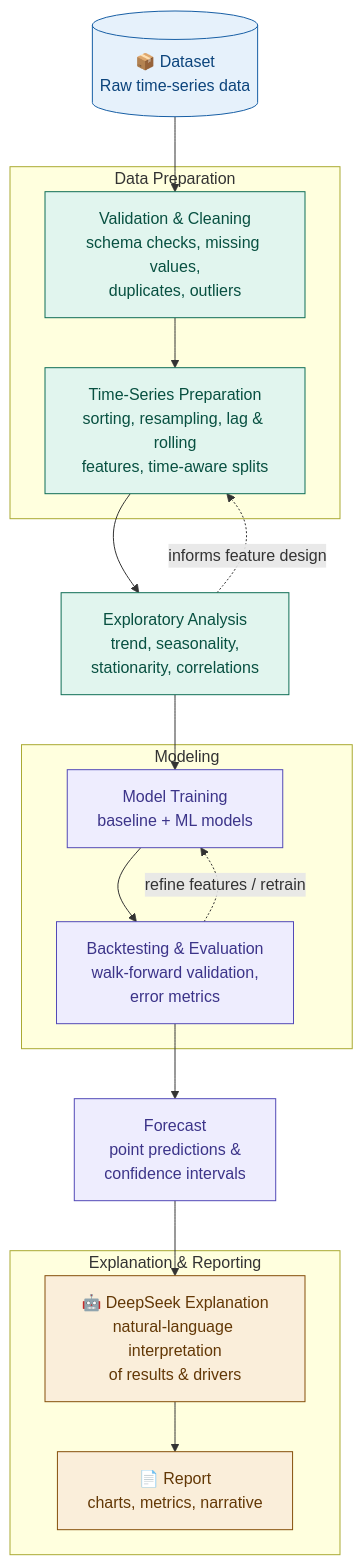
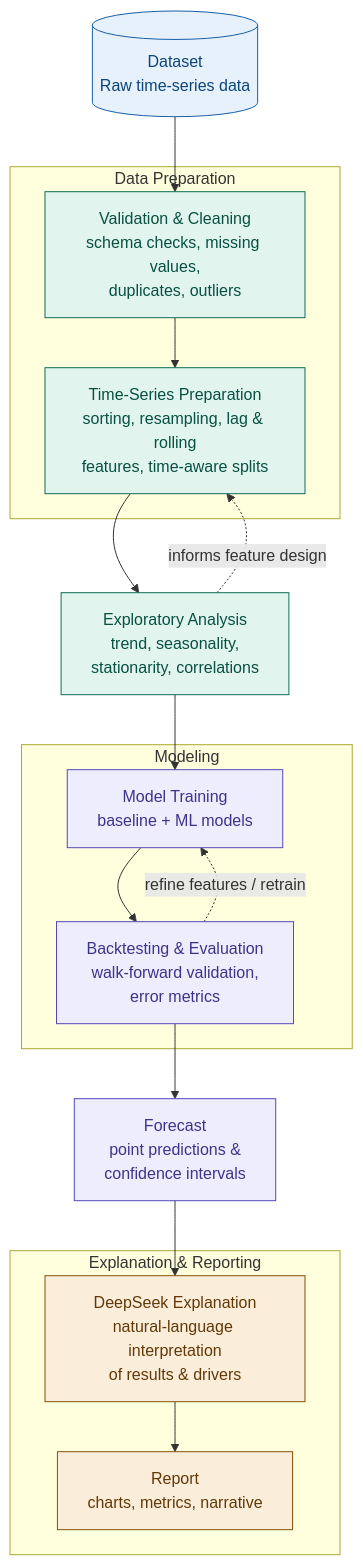
The diagram in README.md (Mithamo-Morgan/Macro-Economics-Indicators-Projections-For-State-Dept-Of-Planning), drawn with Mermaid before and after one commit.

````diff
--- a/README.md
+++ b/README.md
@@ -5,37 +5,37 @@
 ```mermaid
 flowchart TD
-    A[("📦 Dataset<br/>Raw time-series data")]
+    A[("Dataset<br/>Raw time-series data")]
 
     subgraph PREP["Data Preparation"]
         B["Validation & Cleaning<br/>schema checks, missing values,<br/>duplicates, outliers"]
         C["Time-Series Preparation<br/>sorting, resampling, lag & rolling<br/>features, time-aware splits"]
     end
 
     D["Exploratory Analysis<br/>trend, seasonality,<br/>stationarity, correlations"]
 
     subgraph MODEL["Modeling"]
         E["Model Training<br/>baseline + ML models"]
         F["Backtesting & Evaluation<br/>walk-forward validation,<br/>error metrics"]
     end
 
     G["Forecast<br/>point predictions &<br/>confidence intervals"]
 
     subgraph EXPLAIN["Explanation & Reporting"]
-        H["🤖 DeepSeek Explanation<br/>natural-language interpretation<br/>of results & drivers"]
-        I["📄 Report<br/>charts, metrics, narrative"]
+        H["DeepSeek Explanation<br/>natural-language interpretation<br/>of results & drivers"]
+        I["Report<br/>charts, metrics, narrative"]
     end
 
     A --> B --> C --> D --> E --> F --> G --> H --> I
     F -. "refine features / retrain" .-> E
     D -. "informs feature design" .-> C
 
     classDef data fill:#E6F1FB,stroke:#185FA5,color:#0C447C
     classDef proc fill:#E1F5EE,stroke:#0F6E56,color:#085041
     classDef ml fill:#EEEDFE,stroke:#534AB7,color:#3C3489
     classDef out fill:#FAEEDA,stroke:#854F0B,color:#633806
 
     class A data
     class B,C,D proc
     class E,F,G ml
     class H,I out
 ```
````
